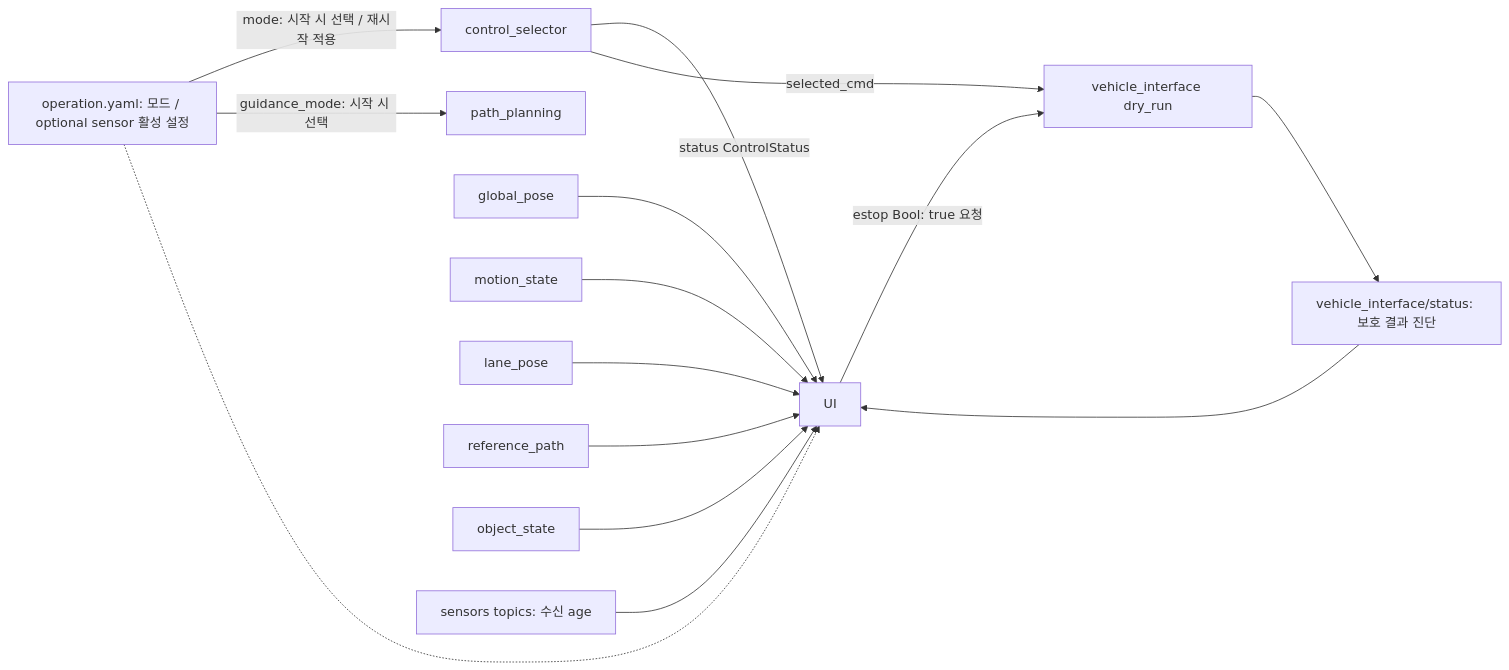
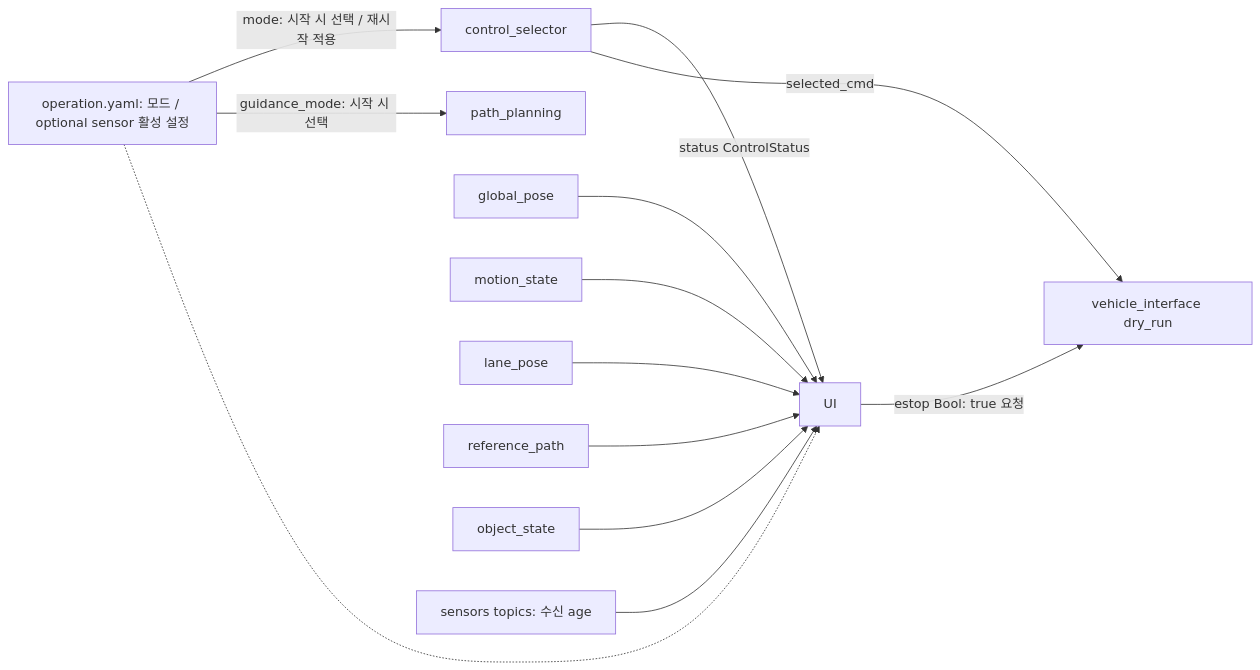
The fourth of 4 diagrams in doc/guidance_modes.md (planta223/control_manager), drawn with Mermaid before and after one commit. The commit also changed 17 other files, not shown here.

````diff
--- a/doc/guidance_modes.md
+++ b/doc/guidance_modes.md
@@ -180,17 +180,15 @@
 ```mermaid
 flowchart LR
   CFG -->|mode: 시작 시 선택 / 재시작 적용| CM[control_selector]
   CFG -->|guidance_mode: 시작 시 선택| PP[path_planning]
   CM -->|status ControlStatus| UI
   GP[global_pose] --> UI
   MS[motion_state] --> UI
   LN[lane_pose] --> UI
   RP[reference_path] --> UI
   OS[object_state] --> UI
-  VS[vehicle_interface/status: 보호 결과 진단] --> UI
   RX[sensors topics: 수신 age] --> UI
   CFG[operation.yaml: 모드 / optional sensor 활성 설정] -.-> UI
   UI -->|estop Bool: true 요청| VI[vehicle_interface dry_run]
   CM -->|selected_cmd| VI
-  VI --> VS
 ```
````
